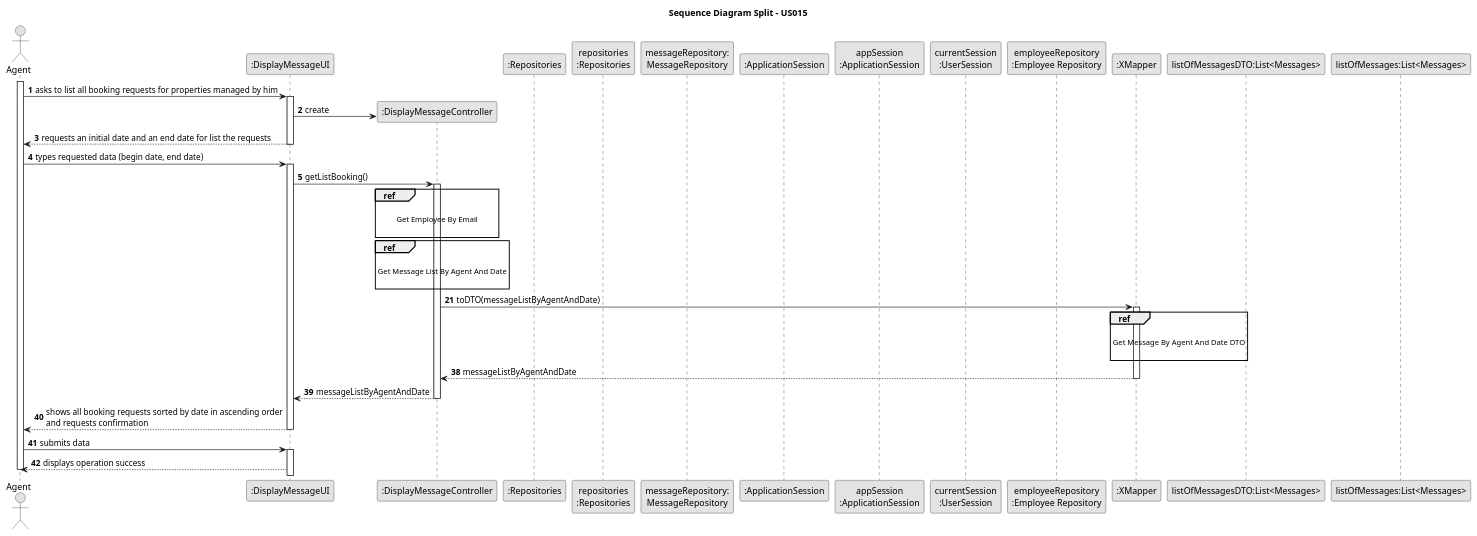
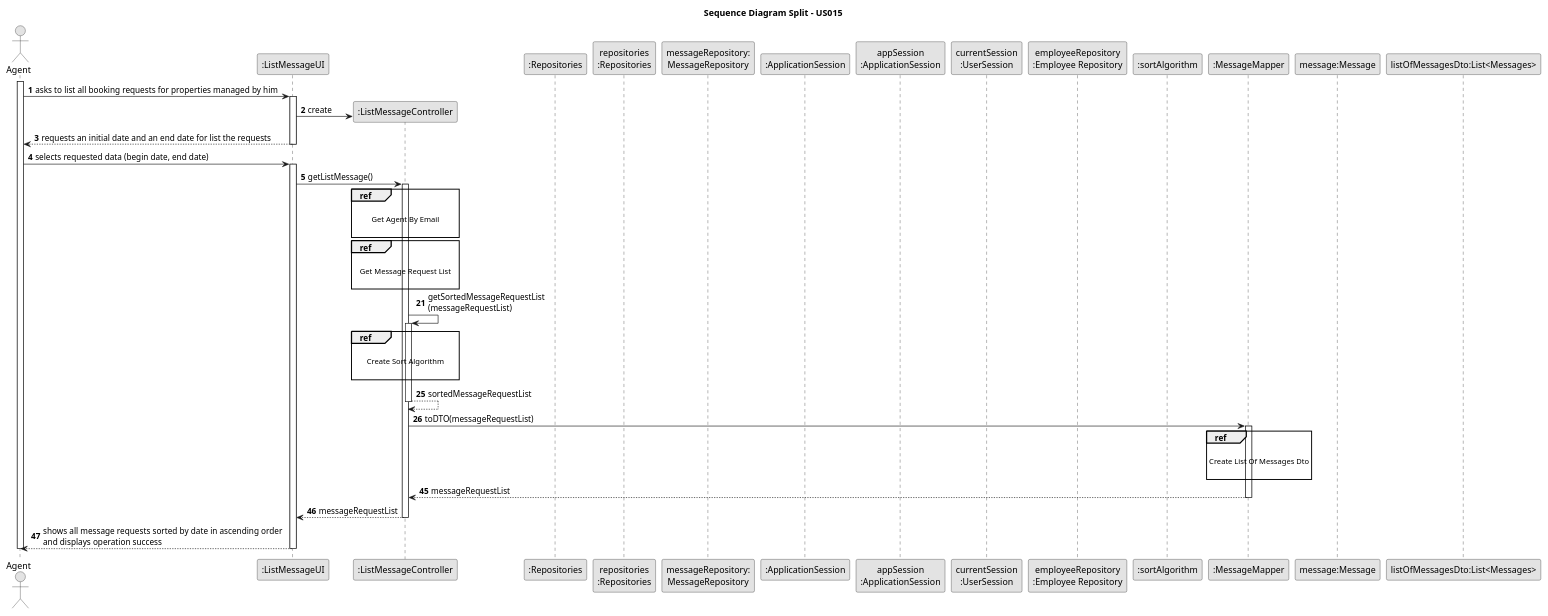
The diagram in docs/sprintD/US015/03.design/puml/us015-sequence-diagram-split.puml (PureNimble/ISEP-LAPR2), drawn with PlantUML before and after one commit. The commit also changed 20 other files, not shown here.

Commit message:
US015 - sequence diagram ( partial, full, and split) update and small correction + added the new svg

```diff
--- a/docs/sprintD/US015/03.design/puml/us015-sequence-diagram-split.puml
+++ b/docs/sprintD/US015/03.design/puml/us015-sequence-diagram-split.puml
@@ -1,85 +1,99 @@
 @startuml
- skinparam monochrome true
- skinparam packageStyle rectangle
- skinparam shadowing false
+skinparam monochrome true
+skinparam packageStyle rectangle
+skinparam shadowing false
 
- autonumber
+autonumber
 
- title Sequence Diagram Split - US015
+title Sequence Diagram Split - US015
 
- 'hide footbox
- actor "Agent" as Agent
- participant ":DisplayMessageUI" as UI
- participant ":DisplayMessageController" as CTRL
- participant ":Repositories" as Repository
- participant "repositories\n:Repositories" as repository2
- participant "messageRepository:\nMessageRepository" as MessageRepository
- participant ":ApplicationSession" as app
- participant "appSession\n:ApplicationSession" as APP
- participant "currentSession\n:UserSession" as User
- participant "employeeRepository\n:Employee Repository" as Employee
- participant ":XMapper" as Mapper
- participant "listOfMessagesDTO:List<Messages>" as listMessagesDTO
- participant "listOfMessages:List<Messages>" as listMessages
+'hide footbox
+actor "Agent" as Agent
+participant ":ListMessageUI" as UI
+participant ":ListMessageController" as CTRL
+participant ":Repositories" as Repository
+participant "repositories\n:Repositories" as repository2
+participant "messageRepository:\nMessageRepository" as MessageRepository
+participant ":ApplicationSession" as app
+participant "appSession\n:ApplicationSession" as APP
+participant "currentSession\n:UserSession" as User
+participant "employeeRepository\n:Employee Repository" as Employee
+participant ":sortAlgorithm" as STALG
+participant ":MessageMapper" as Mapper
+participant "message:Message" as Messages
+participant "listOfMessagesDto:List<Messages>" as listMessagesDTO
 
 
- activate Agent
 
-         Agent -> UI : asks to list all booking requests for properties managed by him
+activate Agent
 
-         activate UI
+        Agent -> UI : asks to list all booking requests for properties managed by him
 
-             UI -> CTRL** : create
+        activate UI
 
-              UI --> Agent : requests an initial date and an end date for list the requests
-              deactivate UI
+            UI -> CTRL** : create
 
-              Agent -> UI :  types requested data (begin date, end date)
-              activate UI
+             UI --> Agent : requests an initial date and an end date for list the requests
+             deactivate UI
 
-              UI -> CTRL : getListBooking()
-              activate CTRL
+             Agent -> UI :  selects requested data (begin date, end date)
+             activate UI
 
-                ref over CTRL
-
-                    Get Employee By Email
-
-                end
-
+             UI -> CTRL : getListMessage()
+             activate CTRL
 
              ref over CTRL
 
-             Get Message List By Agent And Date
+                Get Agent By Email
 
              end
 
-             autonumber 21
+            ref over CTRL
 
-             CTRL -> Mapper : toDTO(messageListByAgentAndDate)
-             activate Mapper
+            Get Message Request List
 
-             ref over Mapper
+            end
 
-             Get Message By Agent And Date DTO
+            autonumber 21
 
-             end
+            CTRL -> CTRL : getSortedMessageRequestList\n(messageRequestList)
+            activate CTRL
 
-             autonumber 38
+            ref over CTRL
 
-             Mapper --> CTRL : messageListByAgentAndDate
-             deactivate Mapper
+Create Sort Algorithm
 
-             CTRL --> UI : messageListByAgentAndDate
-             deactivate CTRL
+            end
 
-         UI --> Agent : shows all booking requests sorted by date in ascending order\nand requests confirmation
-     deactivate UI
+            autonumber 25
 
-         Agent -> UI : submits data
-         activate UI
-
-         UI --> Agent : displays operation success
-     deactivate Agent
+            CTRL --> CTRL : sortedMessageRequestList
+            deactivate CTRL
 
 
- @enduml
+            CTRL -> Mapper : toDTO(messageRequestList)
+            activate Mapper
+
+            ref over Mapper
+
+            Create List Of Messages Dto
+
+           end
+
+            autonumber 45
+
+
+            Mapper --> CTRL : messageRequestList
+            deactivate Mapper
+            deactivate Mapper
+
+            CTRL --> UI : messageRequestList
+            deactivate CTRL
+
+        UI --> Agent : shows all message requests sorted by date in ascending order\nand displays operation success
+    deactivate UI
+
+       deactivate Agent
+
+
+@enduml
```
